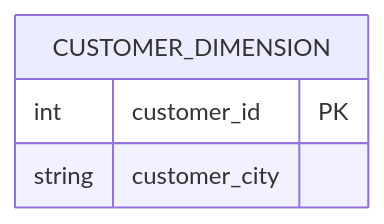
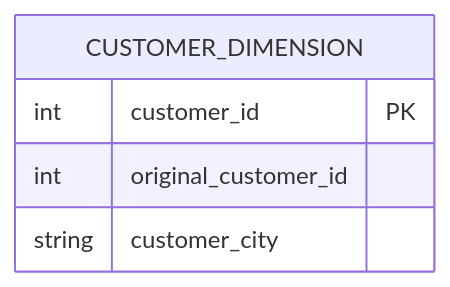
One commit to LONG-TERM-EFFECTS-OF-SUFFERING/Rapidos_y_Furiosos_data_warehouse changed the second of 9 diagrams in dimensions_and_data_marts.md. Above: the diagram before and after it, drawn with Mermaid. The commit also changed other lines of this file and 4 other files, not shown here.

````diff
--- a/dimensions_and_data_marts.md
+++ b/dimensions_and_data_marts.md
@@ -17,7 +18,8 @@
 ```MERMAID
 erDiagram
     CUSTOMER_DIMENSION {
         int customer_id PK
+        int original_customer_id
         string customer_city
     }
 ```
````
